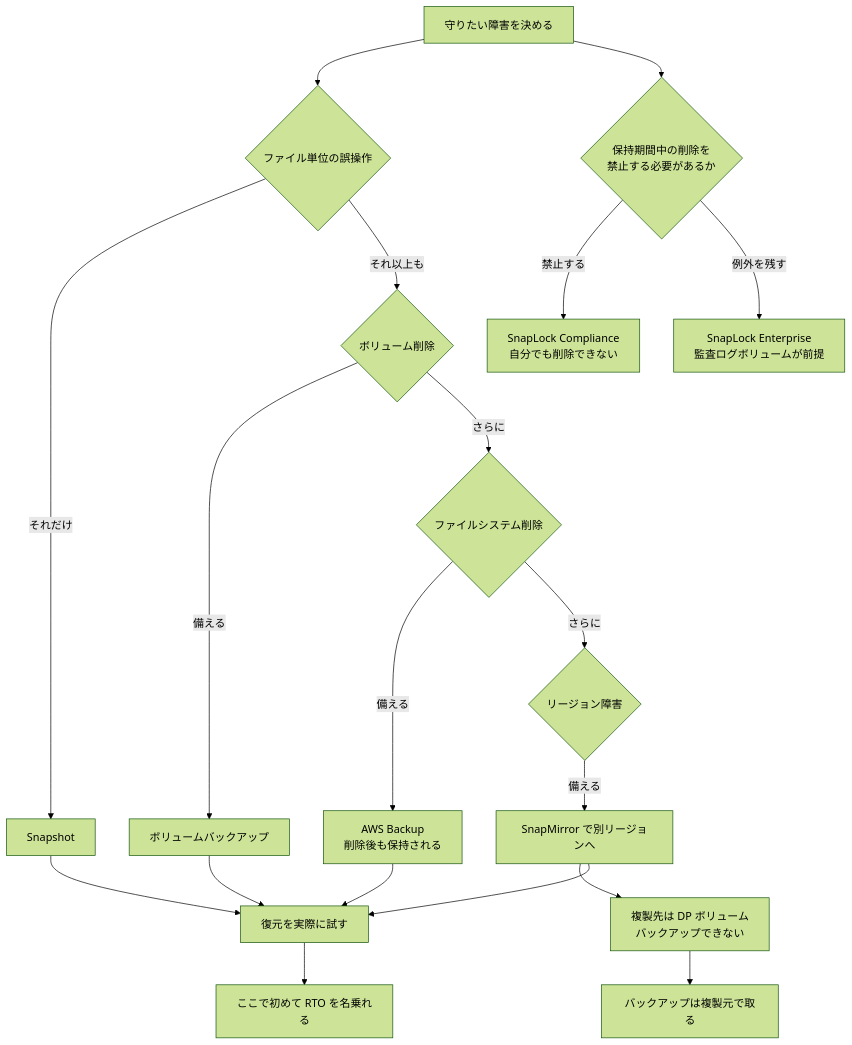
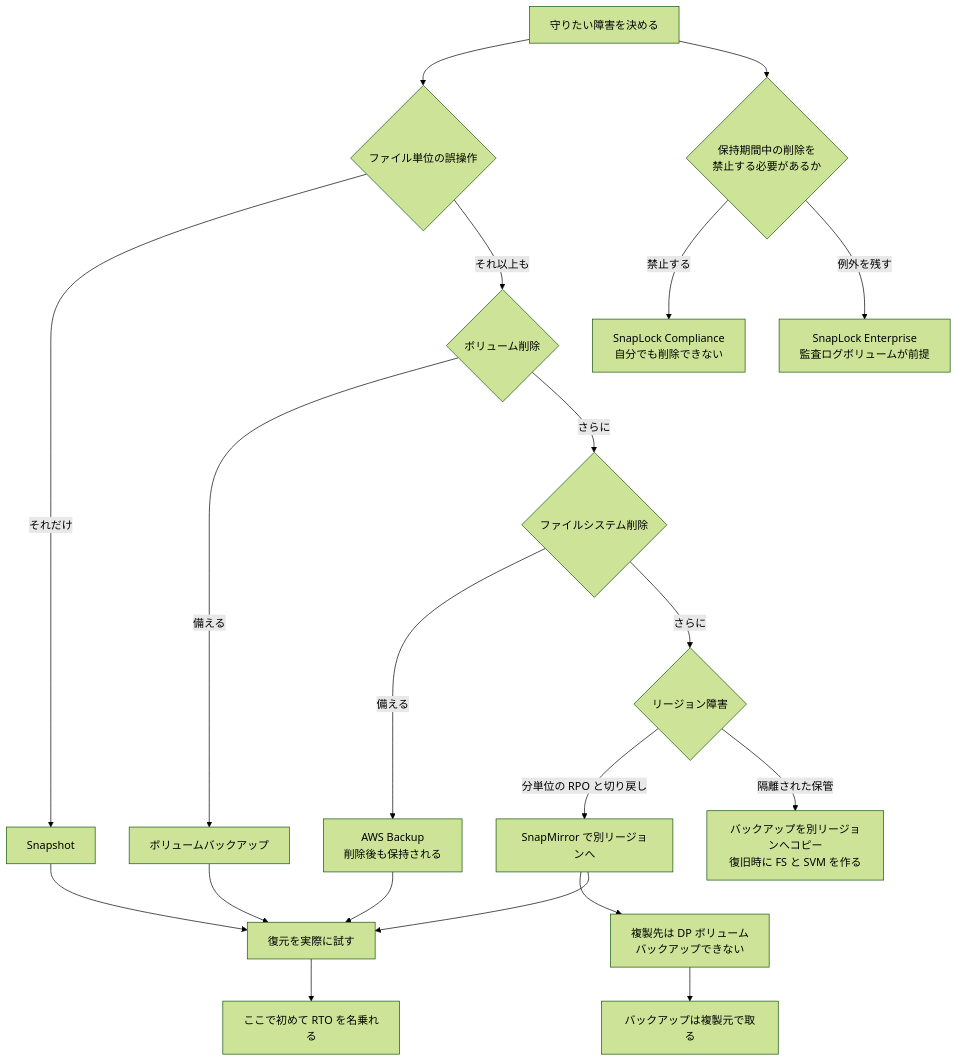
Before and after one commit to Yoshiki0705/FSx-for-ONTAP-Adoption-Playbook: the diagram in docs/ja/reference/comparison/data-protection-methods.md, drawn with Mermaid (forest theme). The commit also changed other lines of this file and 12 other files, not shown here.

````diff
--- a/docs/ja/reference/comparison/data-protection-methods.md
+++ b/docs/ja/reference/comparison/data-protection-methods.md
@@ -92,24 +92,25 @@
 ```mermaid
 graph TD
     A[守りたい障害を決める] --> F{ファイル単位の誤操作}
     F -->|それだけ| S[Snapshot]
     F -->|それ以上も| V{ボリューム削除}
     V -->|備える| B[ボリュームバックアップ]
     V -->|さらに| FS{ファイルシステム削除}
     FS -->|備える| AB["AWS Backup<br/>削除後も保持される"]
     FS -->|さらに| R{リージョン障害}
-    R -->|備える| SM[SnapMirror で別リージョンへ]
+    R -->|分単位の RPO と切り戻し| SM[SnapMirror で別リージョンへ]
+    R -->|隔離された保管| BC["バックアップを別リージョンへコピー<br/>復旧時に FS と SVM を作る"]
 
     SM --> DP["複製先は DP ボリューム<br/>バックアップできない"]
     DP --> SRC["バックアップは複製元で取る"]
 
     A --> W{保持期間中の削除を<br/>禁止する必要があるか}
     W -->|禁止する| C["SnapLock Compliance<br/>自分でも削除できない"]
     W -->|例外を残す| E["SnapLock Enterprise<br/>監査ログボリュームが前提"]
 
     S --> T[復元を実際に試す]
     B --> T
     AB --> T
     SM --> T
     T --> RTO["ここで初めて RTO を名乗れる"]
 ```
````
